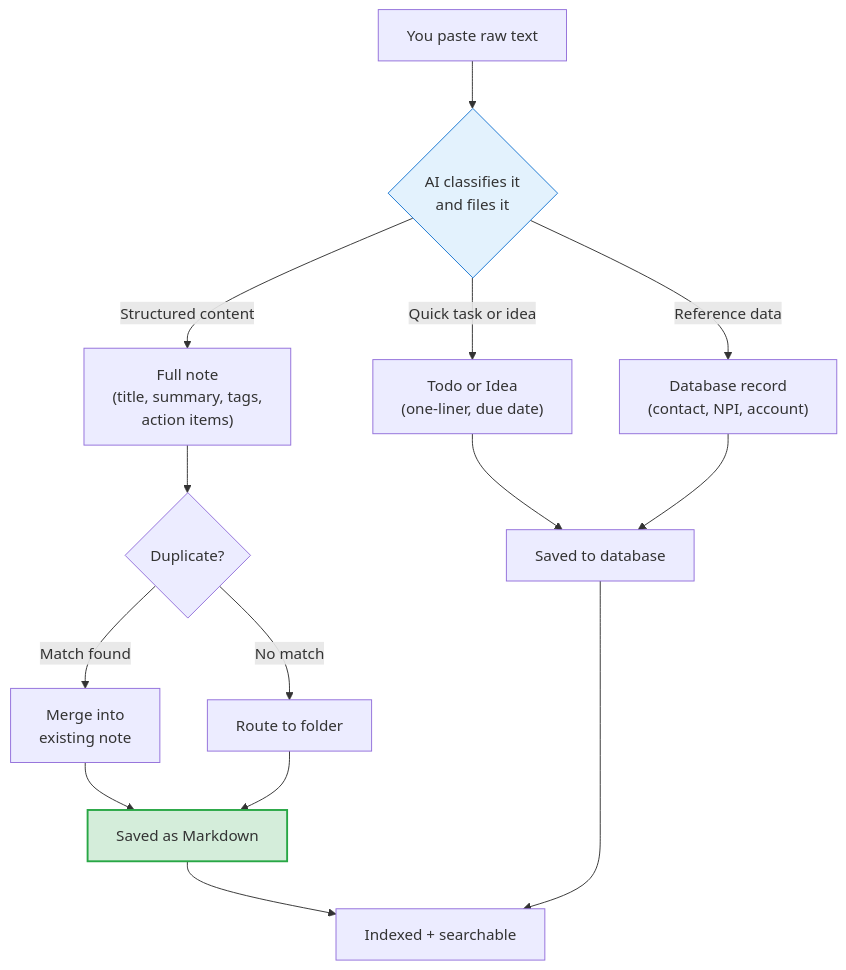
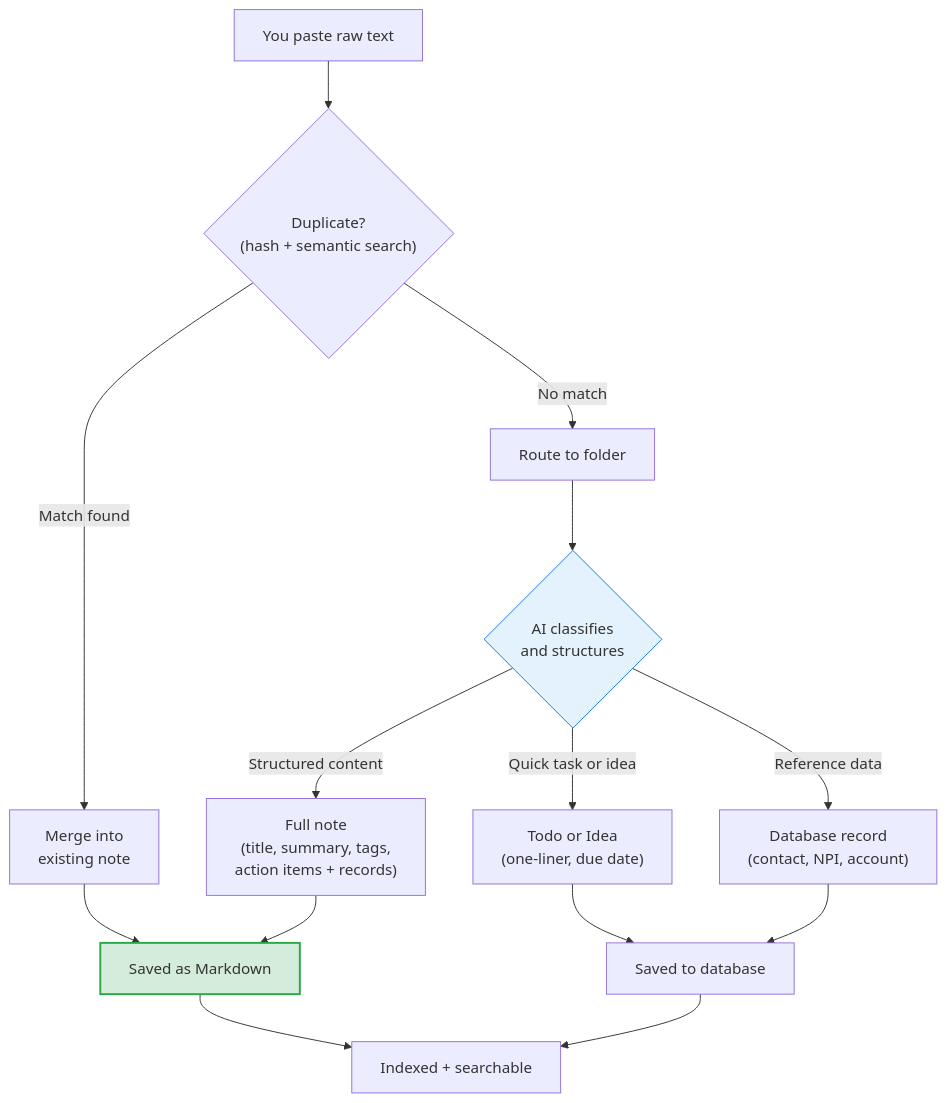
One commit to chloeliu/notely changed the first of 2 diagrams in README.md. Above: the diagram before and after it, drawn with Mermaid. The commit also changed other lines of this file, not shown here.

Commit message:
Fix Mermaid charts to reflect actual architecture
Pipeline: dedup runs before AI classification, not after.
Data: database records are a source of truth alongside markdown.

````diff
--- a/README.md
+++ b/README.md
@@ -180,19 +180,19 @@
 ```mermaid
 flowchart TD
-    A["You paste raw text"] --> B{"AI classifies it<br/>and files it"}
-    B -->|"Structured content"| C["Full note<br/>(title, summary, tags,<br/>action items)"]
-    B -->|"Quick task or idea"| D["Todo or Idea<br/>(one-liner, due date)"]
-    B -->|"Reference data"| E["Database record<br/>(contact, NPI, account)"]
-    C --> F{"Duplicate?"}
-    F -->|"Match found"| G["Merge into<br/>existing note"]
-    F -->|"No match"| H["Route to folder"]
-    G --> I["Saved as Markdown"]
-    H --> I
-    D --> J["Saved to database"]
-    E --> J
+    A["You paste raw text"] --> B{"Duplicate?<br/>(hash + semantic search)"}
+    B -->|"Match found"| C["Merge into<br/>existing note"]
+    B -->|"No match"| D["Route to folder"]
+    D --> E{"AI classifies<br/>and structures"}
+    E -->|"Structured content"| F["Full note<br/>(title, summary, tags,<br/>action items + records)"]
+    E -->|"Quick task or idea"| G["Todo or Idea<br/>(one-liner, due date)"]
+    E -->|"Reference data"| H["Database record<br/>(contact, NPI, account)"]
+    C --> I["Saved as Markdown"]
+    F --> I
+    G --> J["Saved to database"]
+    H --> J
     I --> K["Indexed + searchable"]
     J --> K
 
-    style B fill:#e3f2fd,stroke:#1976d2
+    style E fill:#e3f2fd,stroke:#1976d2
     style I fill:#d4edda,stroke:#28a745,stroke-width:2px
 ```
````
